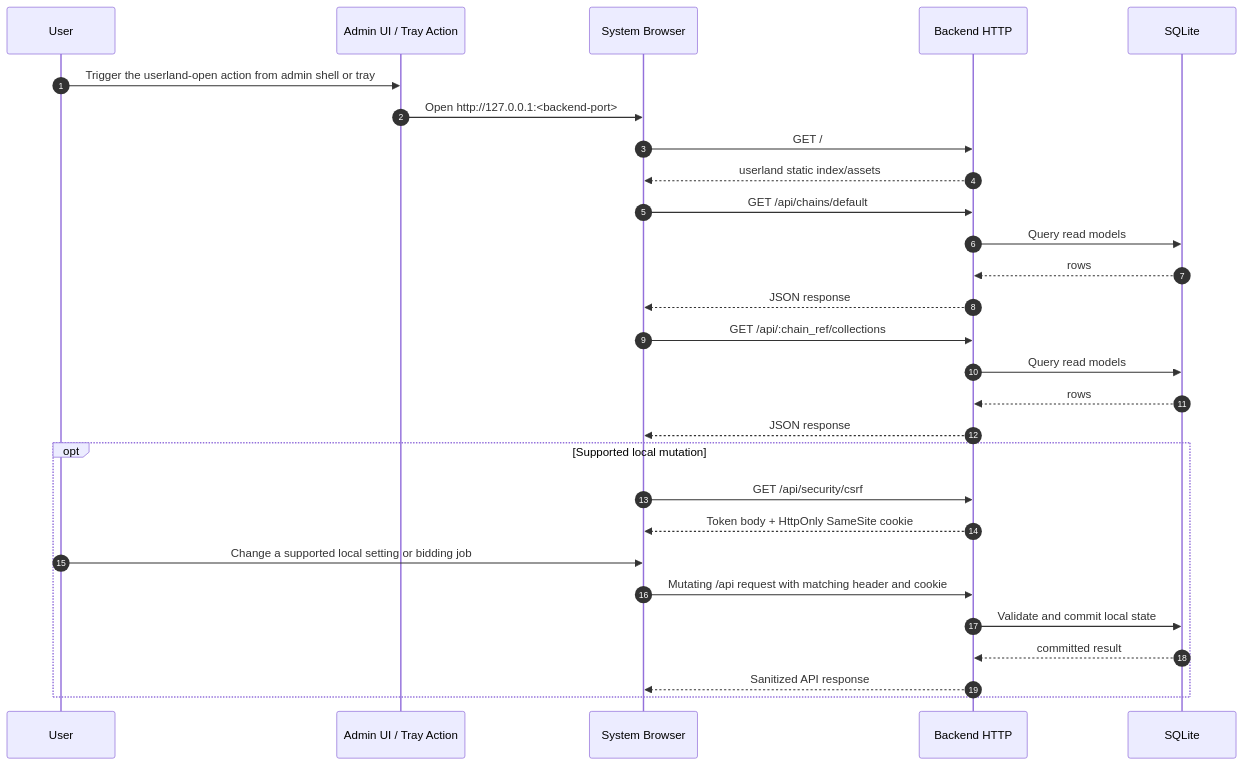
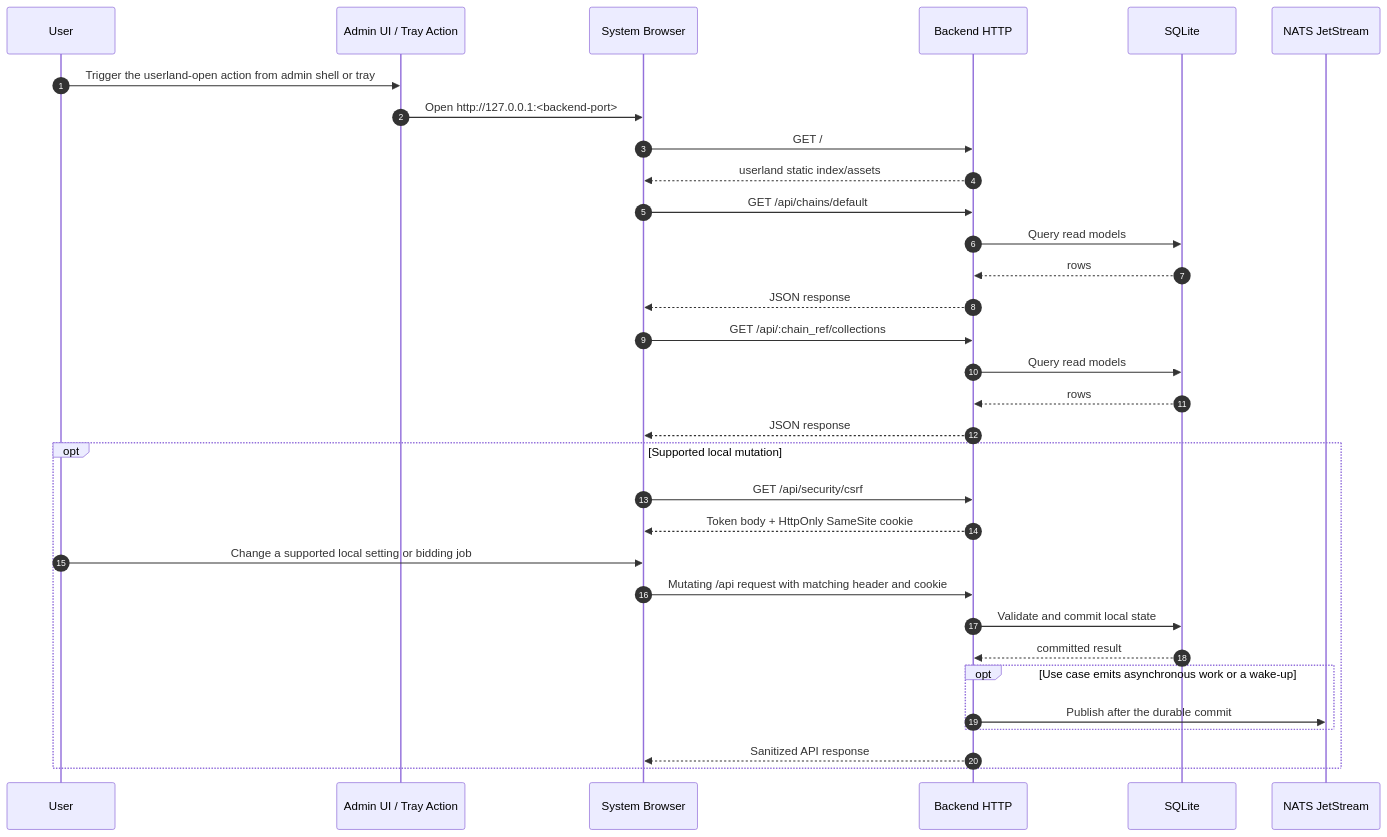
One commit to d347h-eth/artgod changed the diagram in docs/diagrams/04-desktop-userland-request-path.md. Above: the diagram before and after it, drawn with Mermaid. The commit also changed 40 other files, not shown here.

````diff
--- a/docs/diagrams/04-desktop-userland-request-path.md
+++ b/docs/diagrams/04-desktop-userland-request-path.md
@@ -6,35 +6,39 @@
 ```mermaid
 sequenceDiagram
     autonumber
     participant U as User
     participant A as Admin UI / Tray Action
     participant BR as System Browser
     participant BE as Backend HTTP
     participant DB as SQLite
+    participant NATS as NATS JetStream
 
     U->>A: Trigger the userland-open action from admin shell or tray
     A->>BR: Open http://127.0.0.1:<backend-port>
 
     BR->>BE: GET /
     BE-->>BR: userland static index/assets
 
     BR->>BE: GET /api/chains/default
     BE->>DB: Query read models
     DB-->>BE: rows
     BE-->>BR: JSON response
 
     BR->>BE: GET /api/:chain_ref/collections
     BE->>DB: Query read models
     DB-->>BE: rows
     BE-->>BR: JSON response
 
     opt Supported local mutation
         BR->>BE: GET /api/security/csrf
         BE-->>BR: Token body + HttpOnly SameSite cookie
         U->>BR: Change a supported local setting or bidding job
         BR->>BE: Mutating /api request with matching header and cookie
         BE->>DB: Validate and commit local state
         DB-->>BE: committed result
+        opt Use case emits asynchronous work or a wake-up
+            BE->>NATS: Publish after the durable commit
+        end
         BE-->>BR: Sanitized API response
     end
 ```
````
